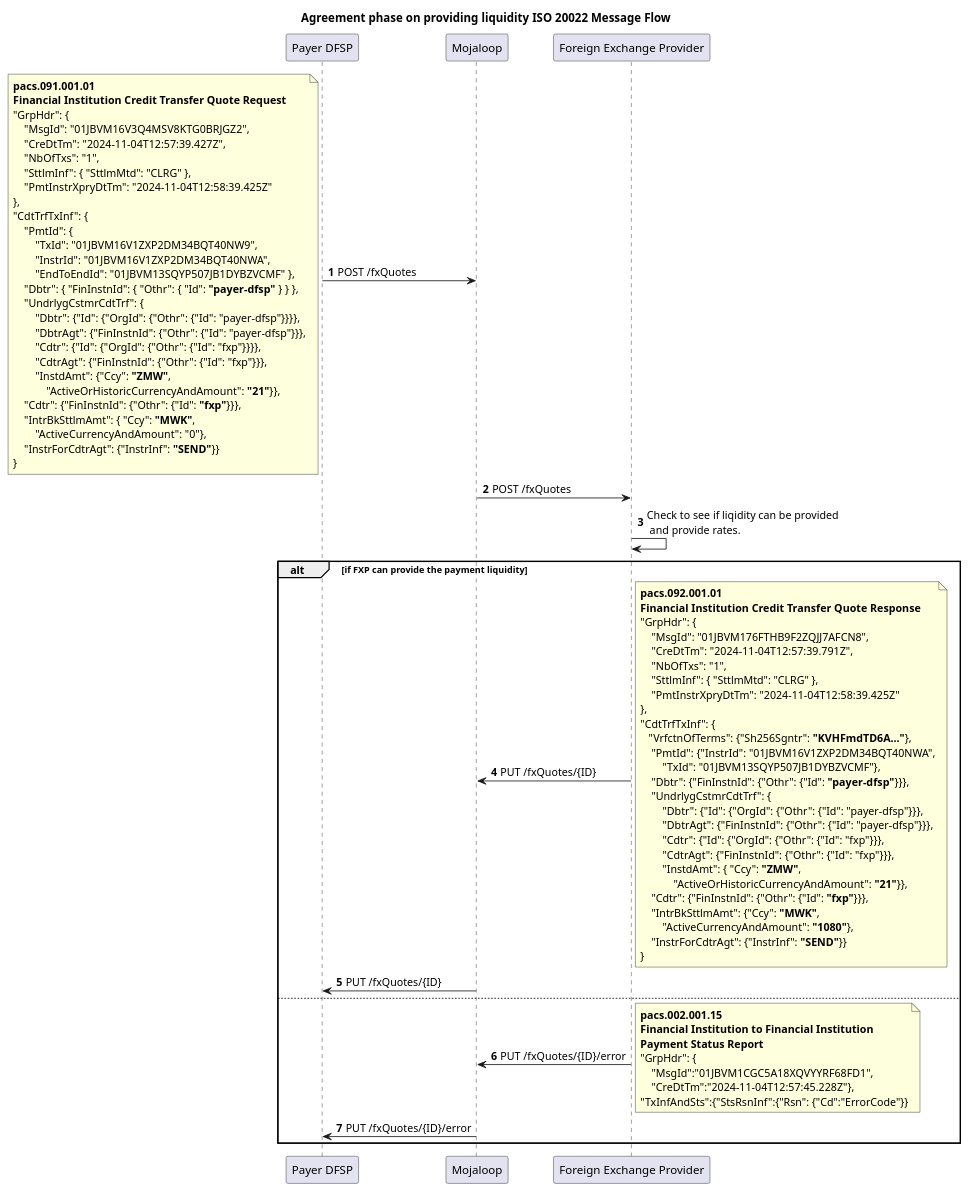
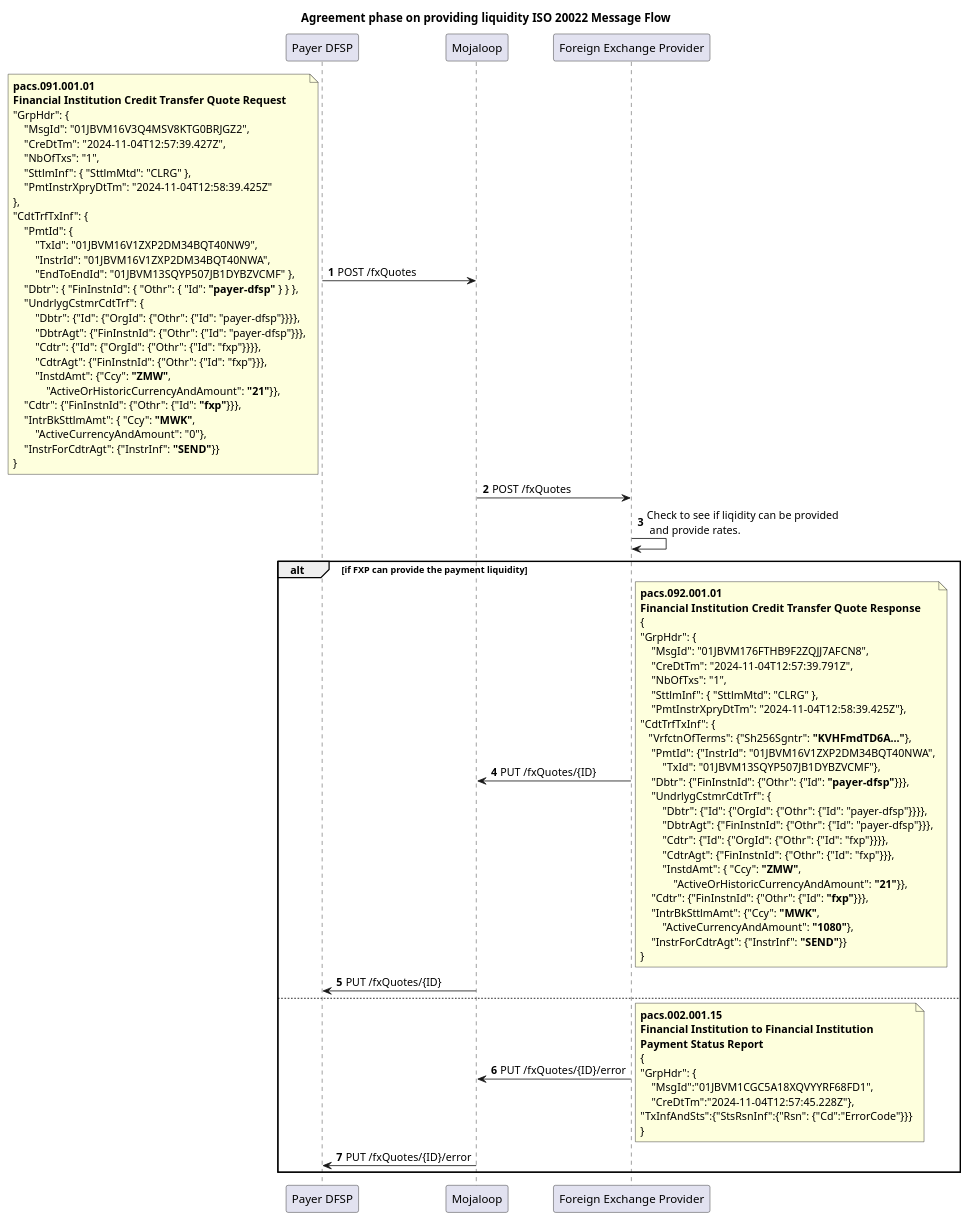
The diagram in Workstream documents/MarketPracticeDoc/SequenceDiagrams/AgreementConversion.plantuml (mojaloop/iso-20022-docs), drawn with PlantUML before and after one commit. The commit also changed 50 other files, not shown here.

Commit message:
Added script to generate tables from Open API specification and XML ISO 20022 schema definitions. Completed message definitions.

```diff
--- a/Workstream documents/MarketPracticeDoc/SequenceDiagrams/AgreementConversion.plantuml
+++ b/Workstream documents/MarketPracticeDoc/SequenceDiagrams/AgreementConversion.plantuml
@@ -1,90 +1,92 @@
 @startuml
 
 Title Agreement phase on providing liquidity ISO 20022 Message Flow
 participant PayerDFSP as "Payer DFSP"
 participant Mojaloop as "Mojaloop"
 participant FXP as "Foreign Exchange Provider"
 
 autonumber
 
 PayerDFSP -> Mojaloop: POST /fxQuotes
 note left
 **pacs.091.001.01**
 **Financial Institution Credit Transfer Quote Request**
 "GrpHdr": {
     "MsgId": "01JBVM16V3Q4MSV8KTG0BRJGZ2",
     "CreDtTm": "2024-11-04T12:57:39.427Z",
     "NbOfTxs": "1",
     "SttlmInf": { "SttlmMtd": "CLRG" },
     "PmtInstrXpryDtTm": "2024-11-04T12:58:39.425Z"
 },
 "CdtTrfTxInf": {
     "PmtId": {
         "TxId": "01JBVM16V1ZXP2DM34BQT40NW9",
         "InstrId": "01JBVM16V1ZXP2DM34BQT40NWA",
         "EndToEndId": "01JBVM13SQYP507JB1DYBZVCMF" },
     "Dbtr": { "FinInstnId": { "Othr": { "Id": **"payer-dfsp"** } } },
     "UndrlygCstmrCdtTrf": {
         "Dbtr": {"Id": {"OrgId": {"Othr": {"Id": "payer-dfsp"}}}},
         "DbtrAgt": {"FinInstnId": {"Othr": {"Id": "payer-dfsp"}}},
         "Cdtr": {"Id": {"OrgId": {"Othr": {"Id": "fxp"}}}},
         "CdtrAgt": {"FinInstnId": {"Othr": {"Id": "fxp"}}},
         "InstdAmt": {"Ccy": **"ZMW"**,
             "ActiveOrHistoricCurrencyAndAmount": **"21"**}},
     "Cdtr": {"FinInstnId": {"Othr": {"Id": **"fxp"**}}},
     "IntrBkSttlmAmt": { "Ccy": **"MWK"**,
         "ActiveCurrencyAndAmount": "0"},
     "InstrForCdtrAgt": {"InstrInf": **"SEND"**}}
 }
 end note
 Mojaloop -> FXP: POST /fxQuotes
 FXP -> FXP: Check to see if liqidity can be provided \n and provide rates.
 alt if FXP can provide the payment liquidity
 FXP -> Mojaloop: PUT /fxQuotes/{ID}
 note right
 **pacs.092.001.01**
 **Financial Institution Credit Transfer Quote Response**
+{
 "GrpHdr": {
     "MsgId": "01JBVM176FTHB9F2ZQJJ7AFCN8",
     "CreDtTm": "2024-11-04T12:57:39.791Z",
     "NbOfTxs": "1",
     "SttlmInf": { "SttlmMtd": "CLRG" },
-    "PmtInstrXpryDtTm": "2024-11-04T12:58:39.425Z"
-},
+    "PmtInstrXpryDtTm": "2024-11-04T12:58:39.425Z"},
 "CdtTrfTxInf": {
    "VrfctnOfTerms": {"Sh256Sgntr": **"KVHFmdTD6A..."**},
     "PmtId": {"InstrId": "01JBVM16V1ZXP2DM34BQT40NWA",
         "TxId": "01JBVM13SQYP507JB1DYBZVCMF"},
     "Dbtr": {"FinInstnId": {"Othr": {"Id": **"payer-dfsp"**}}},
     "UndrlygCstmrCdtTrf": {
-        "Dbtr": {"Id": {"OrgId": {"Othr": {"Id": "payer-dfsp"}}},
+        "Dbtr": {"Id": {"OrgId": {"Othr": {"Id": "payer-dfsp"}}}},
         "DbtrAgt": {"FinInstnId": {"Othr": {"Id": "payer-dfsp"}}},
-        "Cdtr": {"Id": {"OrgId": {"Othr": {"Id": "fxp"}}},
+        "Cdtr": {"Id": {"OrgId": {"Othr": {"Id": "fxp"}}}},
         "CdtrAgt": {"FinInstnId": {"Othr": {"Id": "fxp"}}},
         "InstdAmt": { "Ccy": **"ZMW"**,
             "ActiveOrHistoricCurrencyAndAmount": **"21"**}},
     "Cdtr": {"FinInstnId": {"Othr": {"Id": **"fxp"**}}},
     "IntrBkSttlmAmt": {"Ccy": **"MWK"**,
         "ActiveCurrencyAndAmount": **"1080"**},
     "InstrForCdtrAgt": {"InstrInf": **"SEND"**}}
 }
 end note
 Mojaloop -> PayerDFSP: PUT /fxQuotes/{ID}
 
 else
 
 FXP -> Mojaloop: PUT /fxQuotes/{ID}/error 
 note right
 **pacs.002.001.15**
 **Financial Institution to Financial Institution** 
 **Payment Status Report**
+{
 "GrpHdr": {
     "MsgId":"01JBVM1CGC5A18XQVYYRF68FD1",
     "CreDtTm":"2024-11-04T12:57:45.228Z"},
-"TxInfAndSts":{"StsRsnInf":{"Rsn": {"Cd":"ErrorCode"}}
+"TxInfAndSts":{"StsRsnInf":{"Rsn": {"Cd":"ErrorCode"}}}
+}
 end note
 Mojaloop -> PayerDFSP: PUT /fxQuotes/{ID}/error 
 end
 
 
 @enduml
```
